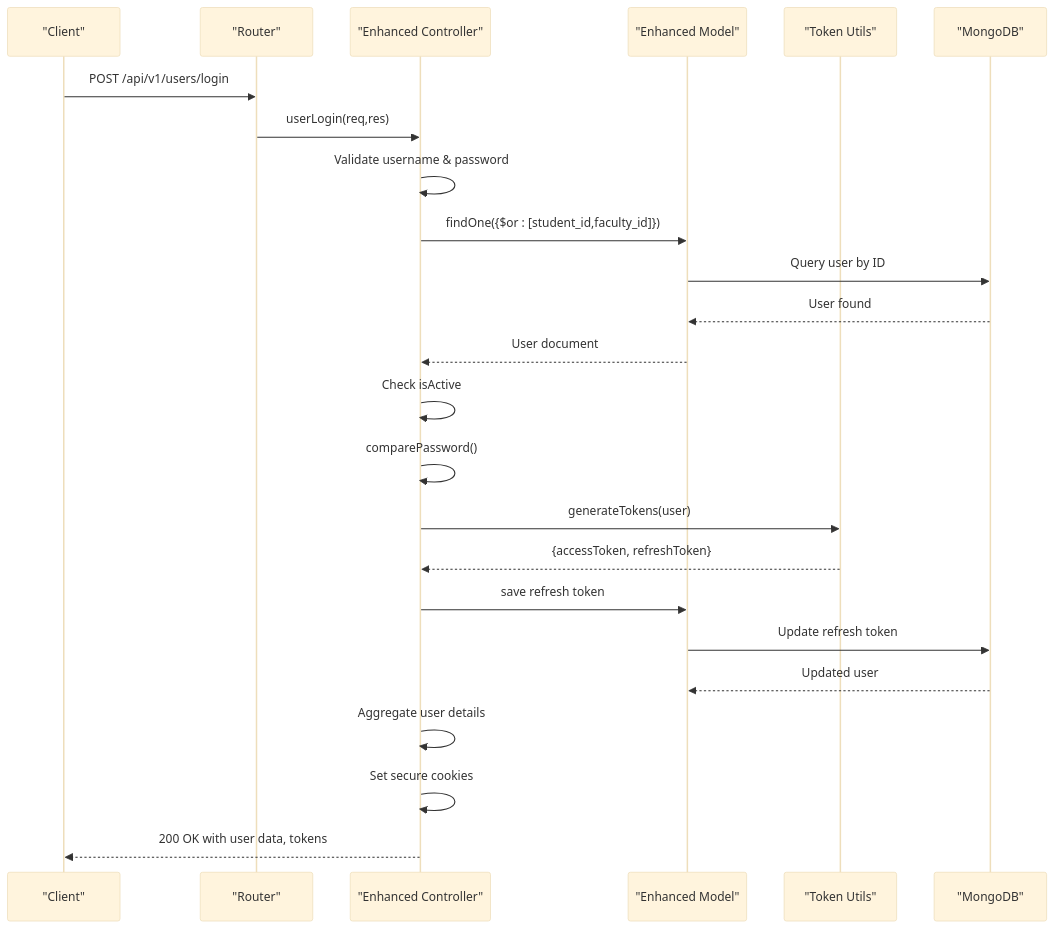
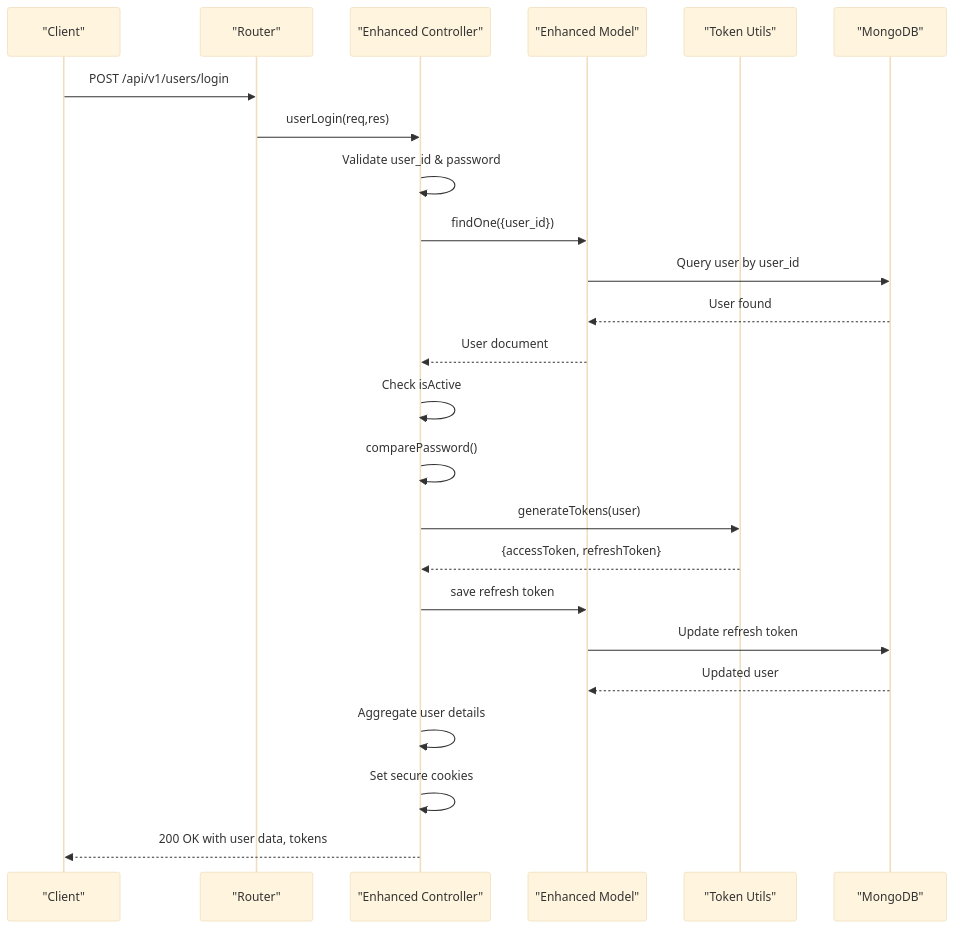
Before and after one commit to Aryan9060/Timetable-Project: the fourth of 9 diagrams in .qoder/repowiki/en/content/Authentication & Authorization/Backend Authentication Controller.md, drawn with Mermaid (base theme). The commit also changed other lines of this file and 6 other files, not shown here.

````diff
--- a/.qoder/repowiki/en/content/Authentication & Authorization/Backend Authentication Controller.md
+++ b/.qoder/repowiki/en/content/Authentication & Authorization/Backend Authentication Controller.md
@@ -215,26 +228,26 @@
 ```mermaid
 sequenceDiagram
 participant Client as "Client"
 participant Router as "Router"
 participant Ctrl as "Enhanced Controller"
 participant Model as "Enhanced Model"
 participant TokenUtil as "Token Utils"
 participant DB as "MongoDB"
 Client->>Router : POST /api/v1/users/login
 Router->>Ctrl : userLogin(req,res)
-Ctrl->>Ctrl : Validate username & password
-Ctrl->>Model : findOne({$or : [student_id,faculty_id]})
-Model->>DB : Query user by ID
+Ctrl->>Ctrl : Validate user_id & password
+Ctrl->>Model : findOne({user_id})
+Model->>DB : Query user by user_id
 DB-->>Model : User found
 Model-->>Ctrl : User document
 Ctrl->>Ctrl : Check isActive
 Ctrl->>Ctrl : comparePassword()
 Ctrl->>TokenUtil : generateTokens(user)
 TokenUtil-->>Ctrl : {accessToken, refreshToken}
 Ctrl->>Model : save refresh token
 Model->>DB : Update refresh token
 DB-->>Model : Updated user
 Ctrl->>Ctrl : Aggregate user details
 Ctrl->>Ctrl : Set secure cookies
 Ctrl-->>Client : 200 OK with user data, tokens
 ```
````
